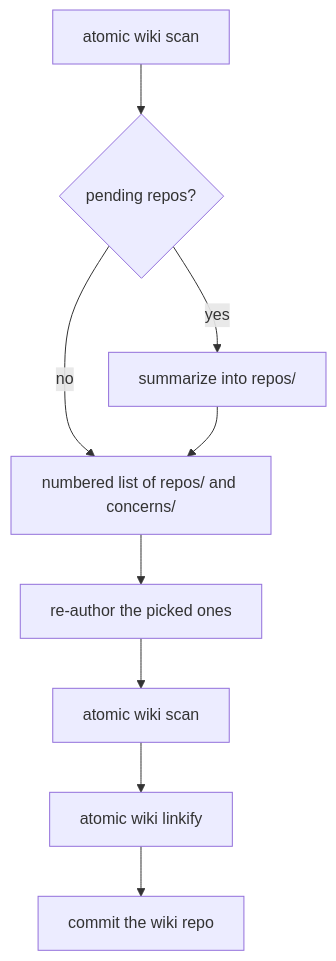
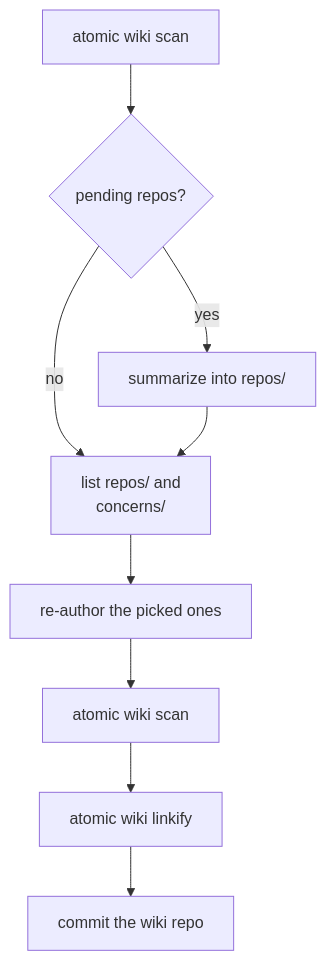
Before and after one commit to damusix/atomic-claude: the diagram in docs/reference/realm-wiki.md, drawn with Mermaid. The commit also changed other lines of this file and 145 other files, not shown here.

````diff
--- a/docs/reference/realm-wiki.md
+++ b/docs/reference/realm-wiki.md
@@ -165,13 +224,13 @@
 ```mermaid
 flowchart TD
     accTitle: Realm /refresh-wiki artifact pass
     accDescr: The scan runs first, pending repos are summarized, then only the summaries and concerns you pick are re-authored before a closing scan, linkify, and the wiki commit.
     A["atomic wiki scan"] --> C{"pending repos?"}
     C -->|yes| D["summarize into repos/"]
-    C -->|no| E["numbered list of repos/ and concerns/"]
+    C -->|no| E["list repos/ and<br/>concerns/"]
     D --> E
     E --> F["re-author the picked ones"]
     F --> S["atomic wiki scan"]
     S --> G["atomic wiki linkify"]
     G --> H["commit the wiki repo"]
 ```
````
